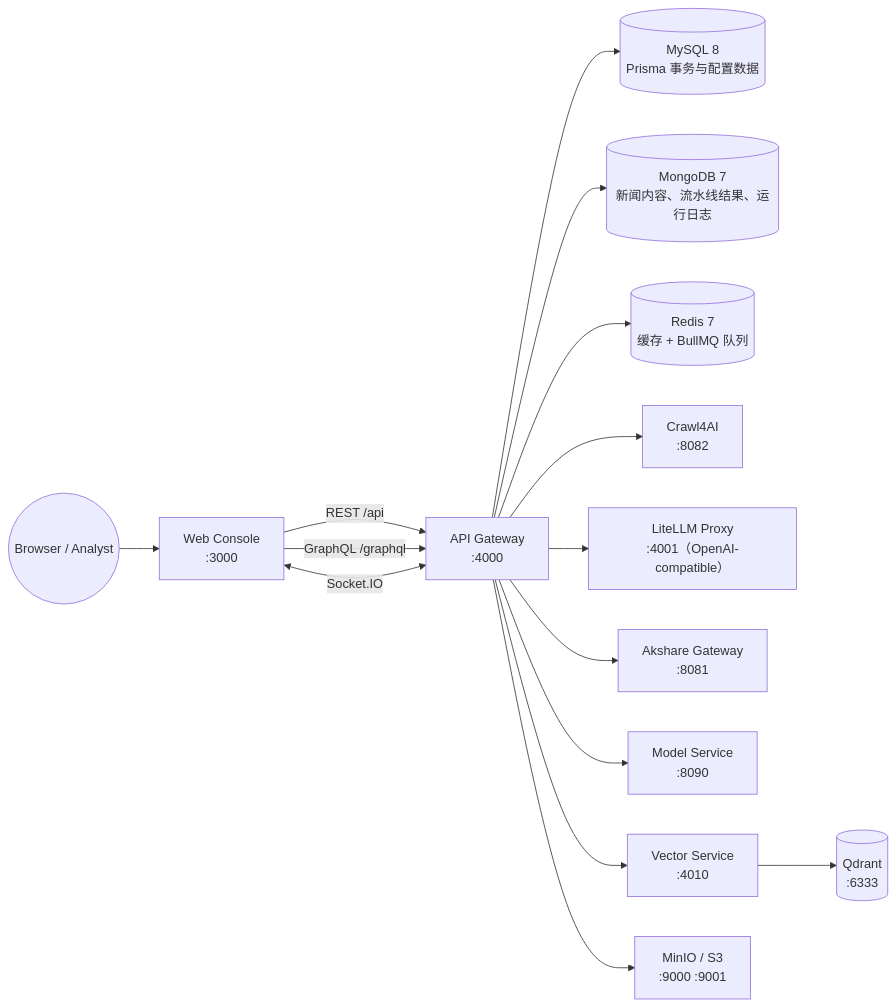
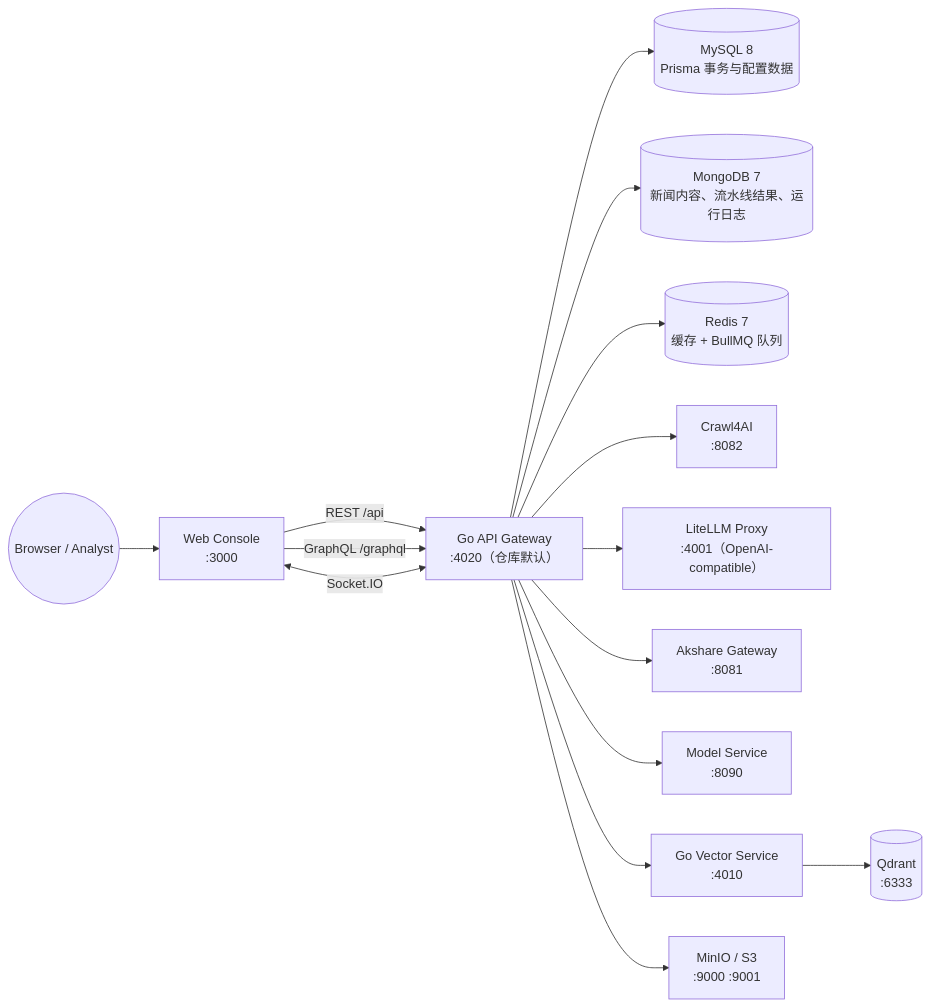
The second of 2 diagrams in README.md (wei500L/newwei), drawn with Mermaid before and after one commit. The commit also changed other lines of this file and 17 other files, not shown here.

````diff
--- a/README.md
+++ b/README.md
@@ -75,21 +77,21 @@
 ```mermaid
 flowchart LR
   user(("Browser / Analyst")) --> web["Web Console\n:3000"]
-  web -->|"REST /api"| api["API Gateway\n:4000"]
+  web -->|"REST /api"| api["Go API Gateway\n:4020（仓库默认）"]
   web -->|"GraphQL /graphql"| api
   web <-->|"Socket.IO"| api
 
   api --> mysql[("MySQL 8\nPrisma 事务与配置数据")]
   api --> mongo[("MongoDB 7\n新闻内容、流水线结果、运行日志")]
   api --> redis[("Redis 7\n缓存 + BullMQ 队列")]
 
   api --> crawl4ai["Crawl4AI\n:8082"]
   api --> litellm["LiteLLM Proxy\n:4001（OpenAI-compatible）"]
   api --> akshare["Akshare Gateway\n:8081"]
   api --> modelSvc["Model Service\n:8090"]
 
-  api --> vectorSvc["Vector Service\n:4010"]
+  api --> vectorSvc["Go Vector Service\n:4010"]
   vectorSvc --> qdrant[("Qdrant\n:6333")]
 
   api --> s3["MinIO / S3\n:9000 :9001"]
 ```
````
